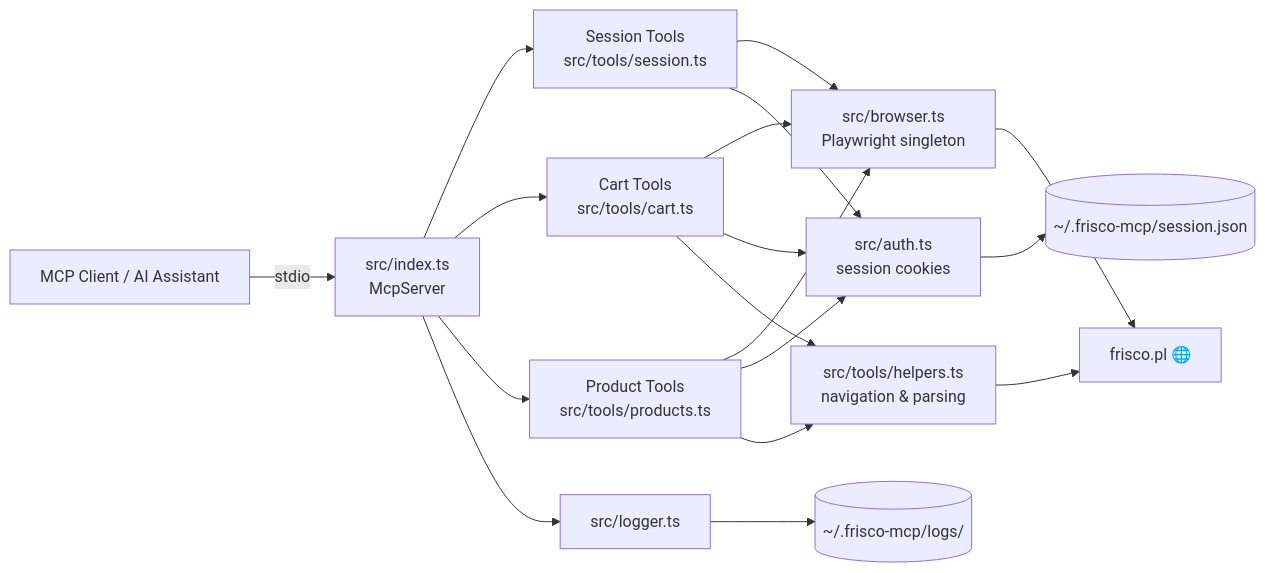
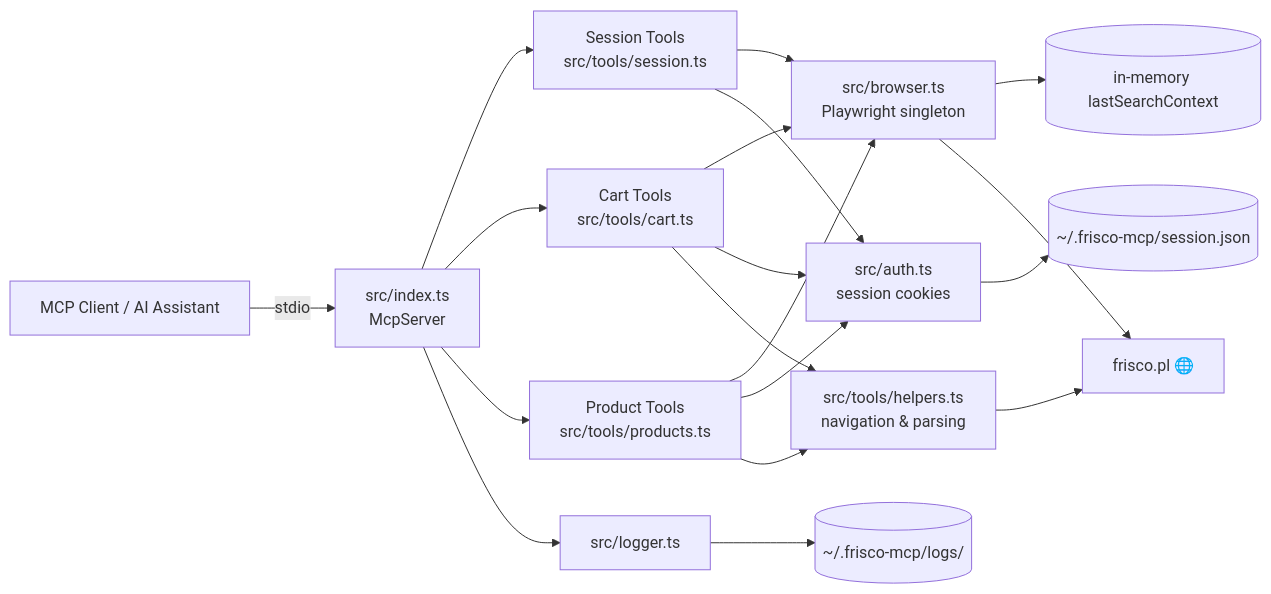
One commit to mkidawa/frisco-mcp changed the diagram in README.md. Above: the diagram before and after it, drawn with Mermaid. The commit also changed other lines of this file and 9 other files, not shown here.

````diff
--- a/README.md
+++ b/README.md
@@ -51,24 +51,25 @@
 ```mermaid
 flowchart LR
     A[MCP Client / AI Assistant] -->|stdio| B[src/index.ts<br/>McpServer]
 
     B --> C[Session Tools<br/>src/tools/session.ts]
     B --> D[Cart Tools<br/>src/tools/cart.ts]
     B --> E[Product Tools<br/>src/tools/products.ts]
 
     C --> G[src/browser.ts<br/>Playwright singleton]
     D --> G
     E --> G
 
     C --> H[src/auth.ts<br/>session cookies]
     D --> H
     E --> H
 
     D --> I[src/tools/helpers.ts<br/>navigation & parsing]
     E --> I
 
     H --> J[(~/.frisco-mcp/session.json)]
     B --> L[src/logger.ts] --> M[(~/.frisco-mcp/logs/)]
+    G --> N[(in-memory lastSearchContext)]
     G --> K[frisco.pl 🌐]
     I --> K
 ```
````
